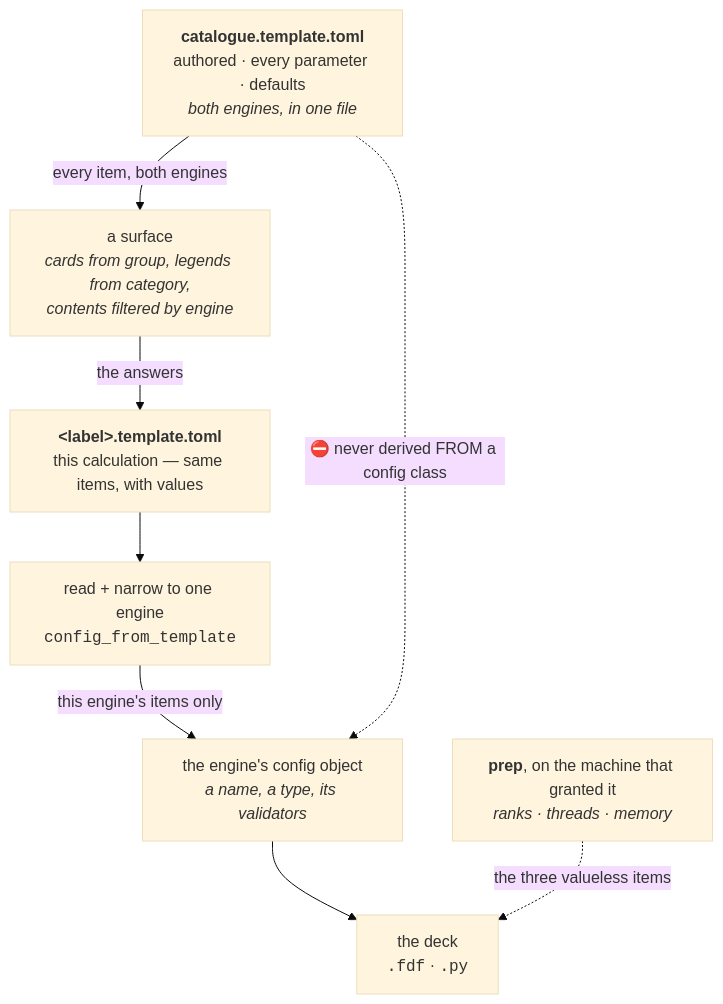
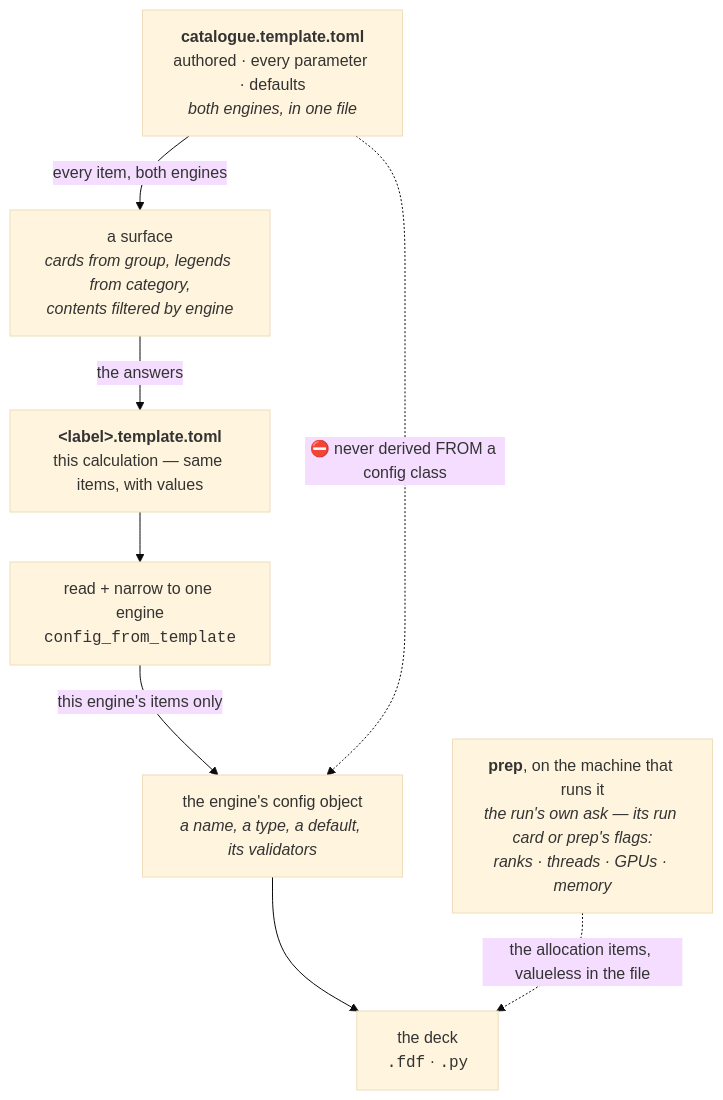
The first of 8 diagrams in docs/engines/template.md (Qing-LAB/molbuilder), drawn with Mermaid (base theme) before and after one commit. The commit also changed other lines of this file and 54 other files, not shown here.

````diff
--- a/docs/engines/template.md
+++ b/docs/engines/template.md
@@ -594,19 +594,19 @@
 ```mermaid
 flowchart TD
     CAT["<b>catalogue.template.toml</b><br/>authored · every parameter · defaults<br/><i>both engines, in one file</i>"]
     UI["a surface<br/><i>cards from group, legends from category,<br/>contents filtered by engine</i>"]
     TPL["<b>&lt;label&gt;.template.toml</b><br/>this calculation — same items, with values"]
     RD["read + narrow to one engine<br/><code>config_from_template</code>"]
-    CFG["the engine's config object<br/><i>a name, a type, its validators</i>"]
+    CFG["the engine's config object<br/><i>a name, a type, a default, its validators</i>"]
     DECK["the deck<br/><code>.fdf</code> · <code>.py</code>"]
-    ALLOC["<b>prep</b>, on the machine that granted it<br/><i>ranks · threads · memory</i>"]
+    ALLOC["<b>prep</b>, on the machine that runs it<br/><i>the run's own ask — its run card or prep's flags:<br/>ranks · threads · GPUs · memory</i>"]
 
     CAT -->|"every item, both engines"| UI
     UI -->|"the answers"| TPL
     TPL --> RD
     RD -->|"this engine's items only"| CFG
     CFG --> DECK
-    ALLOC -.->|"the three valueless items"| DECK
+    ALLOC -.->|"the allocation items, valueless in the file"| DECK
 
     CAT -.->|"⛔ never derived FROM a config class"| CFG
 ```
````
